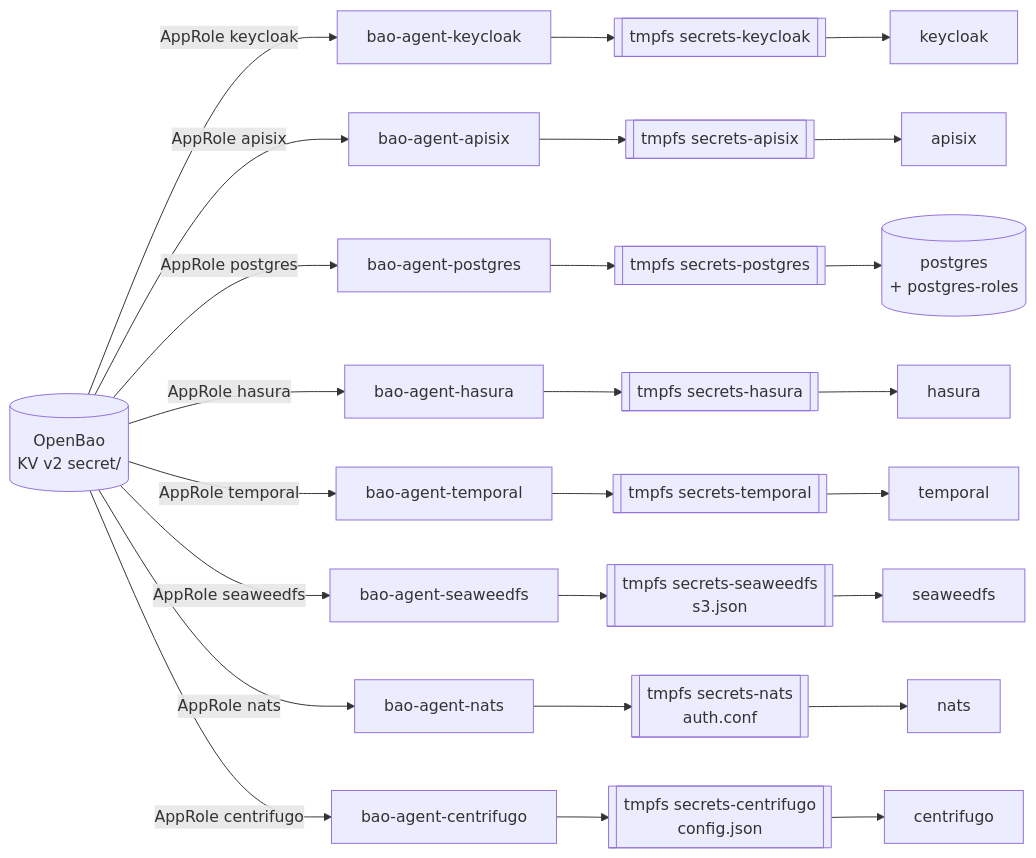
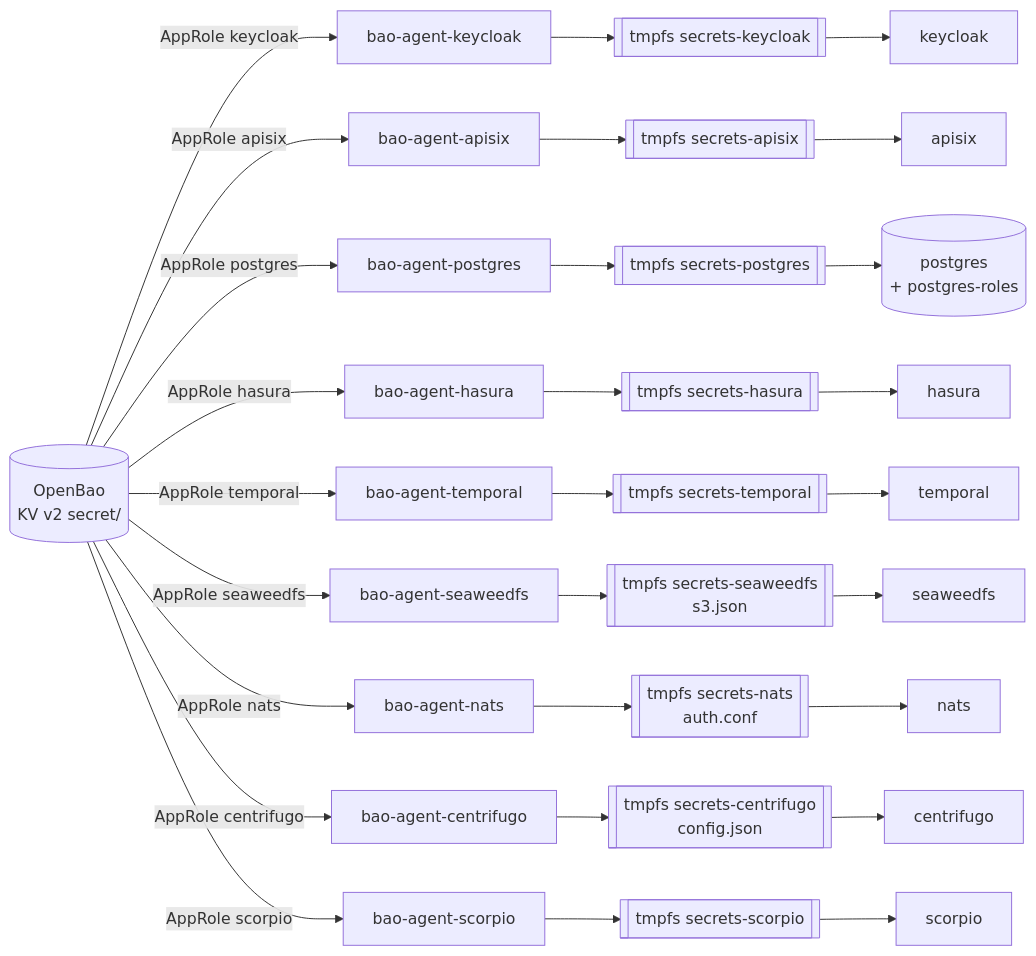
Before and after one commit to disaster-dxos/disaster-dxos: diagram 16 of 17 in docs/architecture.md, drawn with Mermaid. The commit also changed other lines of this file and 37 other files, not shown here.

````diff
--- a/docs/architecture.md
+++ b/docs/architecture.md
@@ -773,12 +824,13 @@
 ```mermaid
 flowchart LR
   BAO[("OpenBao<br/>KV v2 secret/")]
   BAO -->|"AppRole keycloak"| AK["bao-agent-keycloak"] --> VK[["tmpfs secrets-keycloak"]] --> KC["keycloak"]
   BAO -->|"AppRole apisix"| AA["bao-agent-apisix"] --> VA[["tmpfs secrets-apisix"]] --> GW["apisix"]
   BAO -->|"AppRole postgres"| AP["bao-agent-postgres"] --> VP[["tmpfs secrets-postgres"]] --> PG[("postgres<br/>+ postgres-roles")]
   BAO -->|"AppRole hasura"| AH["bao-agent-hasura"] --> VH[["tmpfs secrets-hasura"]] --> HS["hasura"]
   BAO -->|"AppRole temporal"| AT["bao-agent-temporal"] --> VT[["tmpfs secrets-temporal"]] --> TP["temporal"]
   BAO -->|"AppRole seaweedfs"| AS["bao-agent-seaweedfs"] --> VS[["tmpfs secrets-seaweedfs<br/>s3.json"]] --> SW["seaweedfs"]
   BAO -->|"AppRole nats"| AN["bao-agent-nats"] --> VN[["tmpfs secrets-nats<br/>auth.conf"]] --> NT["nats"]
   BAO -->|"AppRole centrifugo"| AC["bao-agent-centrifugo"] --> VC[["tmpfs secrets-centrifugo<br/>config.json"]] --> CF["centrifugo"]
+  BAO -->|"AppRole scorpio"| ASC["bao-agent-scorpio"] --> VSC[["tmpfs secrets-scorpio"]] --> SCO["scorpio"]
 ```
````
